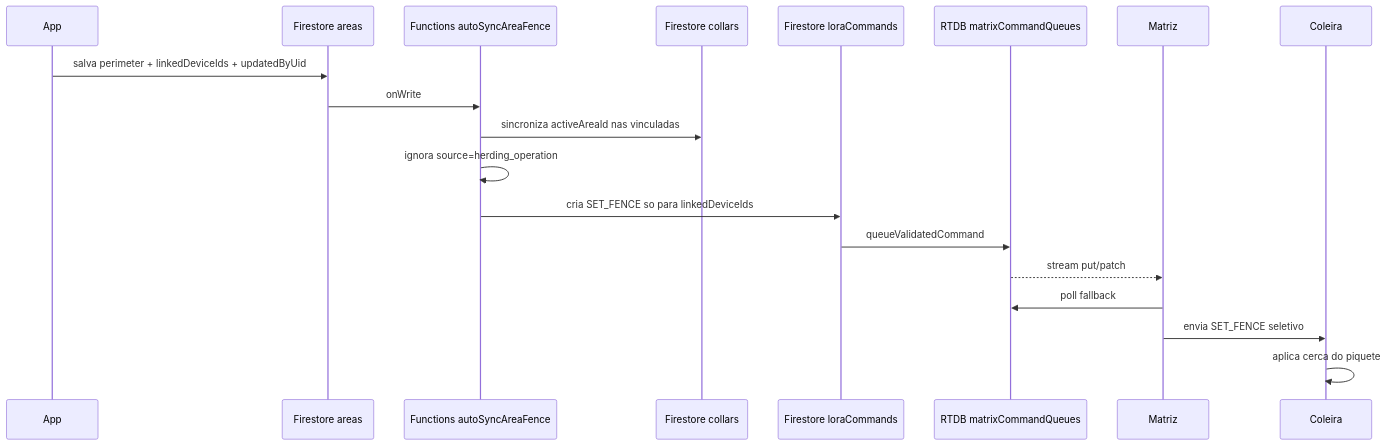
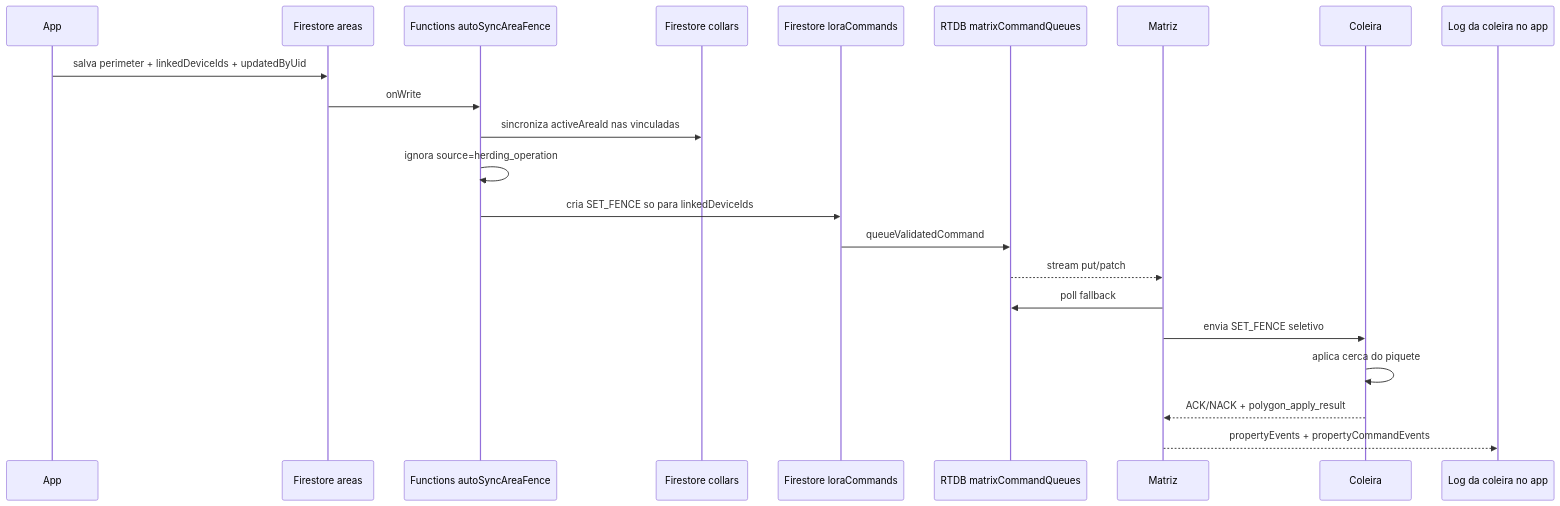
The second of 4 diagrams in SYNC_FLOW_OVERVIEW.md (victoremannuel/ruraltech), drawn with Mermaid before and after one commit. The commit also changed other lines of this file and 17 other files, not shown here.

````diff
--- a/SYNC_FLOW_OVERVIEW.md
+++ b/SYNC_FLOW_OVERVIEW.md
@@ -58,22 +63,25 @@
 ```mermaid
 sequenceDiagram
   participant App
   participant FS as Firestore areas
   participant Fn as Functions autoSyncAreaFence
   participant Collar as Firestore collars
   participant Lora as Firestore loraCommands
   participant RTDB as RTDB matrixCommandQueues
   participant Matriz
   participant Coleira
+  participant AppLog as Log da coleira no app
 
   App->>FS: salva perimeter + linkedDeviceIds + updatedByUid
   FS->>Fn: onWrite
   Fn->>Collar: sincroniza activeAreaId nas vinculadas
   Fn->>Fn: ignora source=herding_operation
   Fn->>Lora: cria SET_FENCE so para linkedDeviceIds
   Lora->>RTDB: queueValidatedCommand
   RTDB-->>Matriz: stream put/patch
   Matriz->>RTDB: poll fallback
   Matriz->>Coleira: envia SET_FENCE seletivo
   Coleira->>Coleira: aplica cerca do piquete
+  Coleira-->>Matriz: ACK/NACK + polygon_apply_result
+  Matriz-->>AppLog: propertyEvents + propertyCommandEvents
 ```
````
